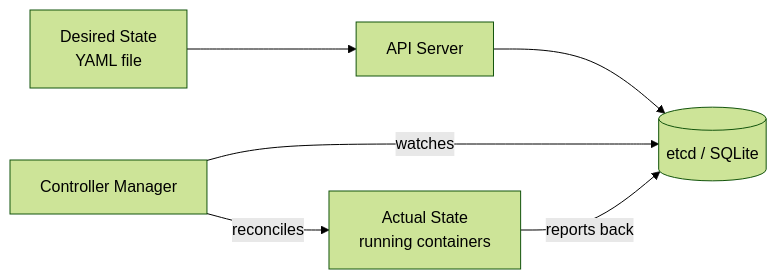
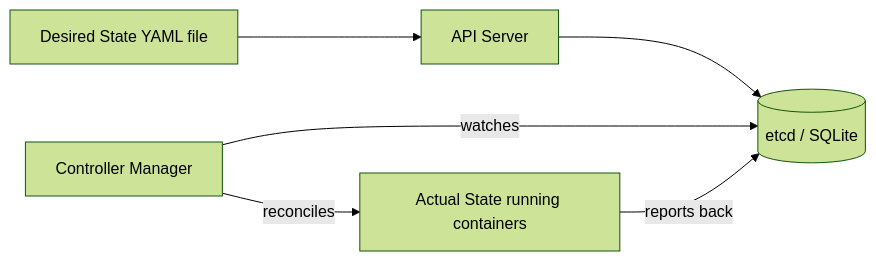
One commit to UncleJS/course_k3s changed the second of 7 diagrams in 16_podman_to_k3s/01_mental_model_shift.md. Above: the diagram before and after it, drawn with Mermaid (forest theme). The commit also changed other lines of this file and 57 other files, not shown here.

````diff
--- a/16_podman_to_k3s/01_mental_model_shift.md
+++ b/16_podman_to_k3s/01_mental_model_shift.md
@@ -73,8 +73,8 @@
 ```mermaid
 flowchart LR
-    YAML[Desired State\nYAML file] --> API[API Server]
+    YAML[Desired State YAML file] --> API[API Server]
     API --> ETCD[(etcd / SQLite)]
     CTRL[Controller Manager] -->|watches| ETCD
-    CTRL -->|reconciles| ACTUAL[Actual State\nrunning containers]
+    CTRL -->|reconciles| ACTUAL[Actual State running containers]
     ACTUAL -->|reports back| ETCD
 ```
````
